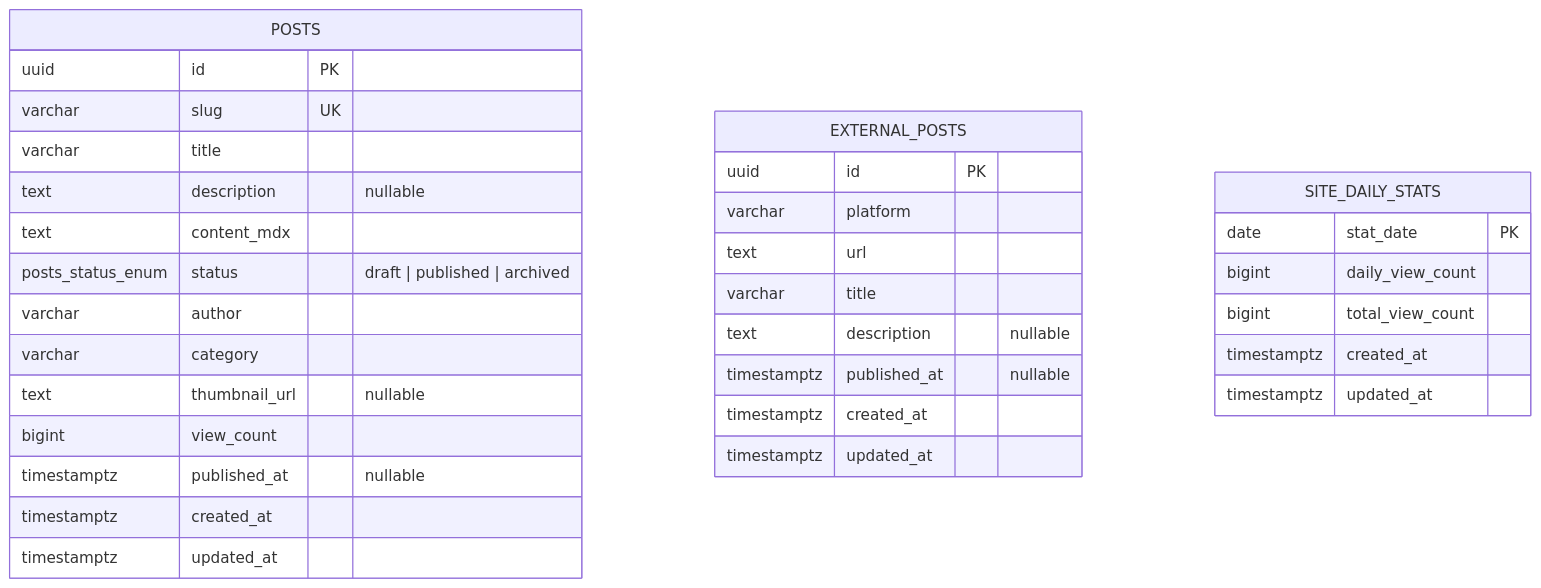
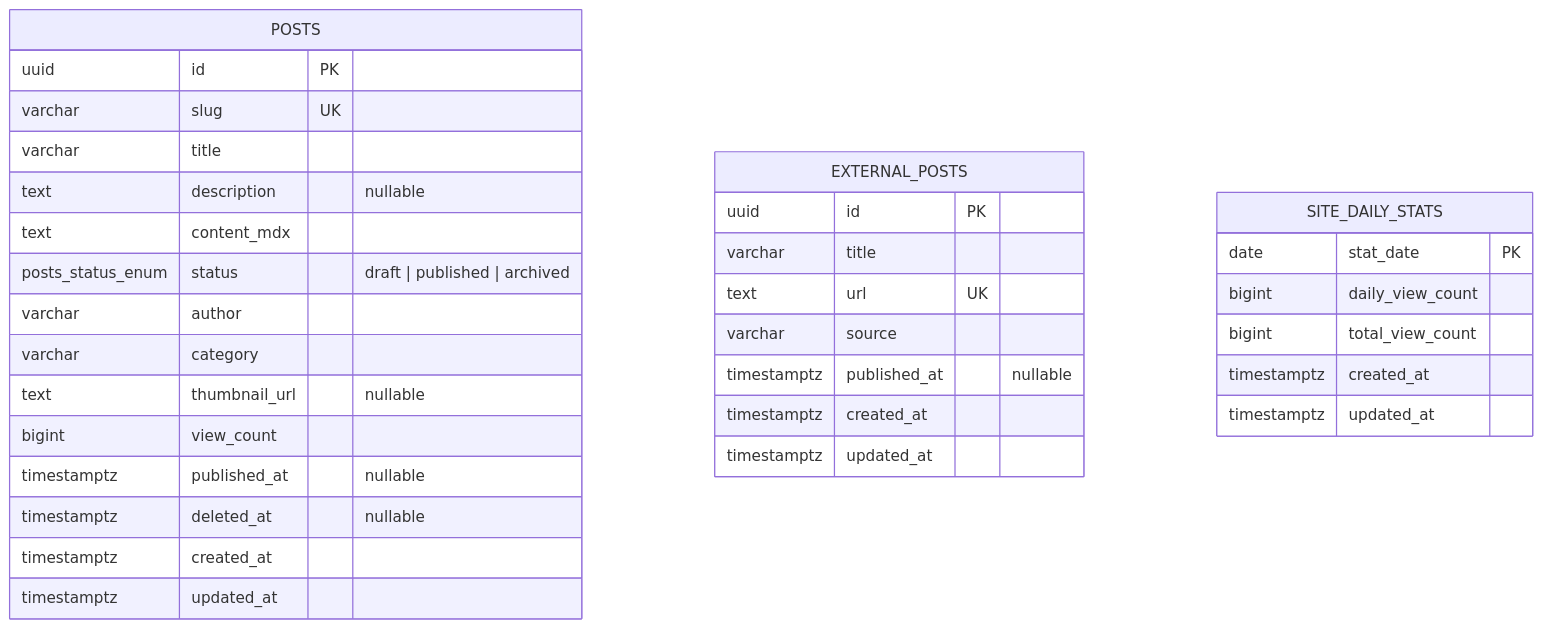
The diagram in apps/server/docs/cms-db-erd.md (BangDori/bangdori-blog), drawn with Mermaid before and after one commit. The commit also changed other lines of this file, not shown here.

First line of the commit message:
docs(server): cms-db-erd 를 다이어그램 + 테이블 책임 중심으로 슬림화

````diff
--- a/apps/server/docs/cms-db-erd.md
+++ b/apps/server/docs/cms-db-erd.md
@@ -7,37 +9,37 @@
 ```mermaid
 erDiagram
     POSTS {
         uuid id PK
         varchar slug UK
         varchar title
         text description "nullable"
         text content_mdx
         posts_status_enum status "draft | published | archived"
         varchar author
         varchar category
         text thumbnail_url "nullable"
         bigint view_count
         timestamptz published_at "nullable"
+        timestamptz deleted_at "nullable"
         timestamptz created_at
         timestamptz updated_at
     }
 
     EXTERNAL_POSTS {
         uuid id PK
-        varchar platform
-        text url
         varchar title
-        text description "nullable"
+        text url UK
+        varchar source
         timestamptz published_at "nullable"
         timestamptz created_at
         timestamptz updated_at
     }
 
     SITE_DAILY_STATS {
         date stat_date PK
         bigint daily_view_count
         bigint total_view_count
         timestamptz created_at
         timestamptz updated_at
     }
 ```
````
